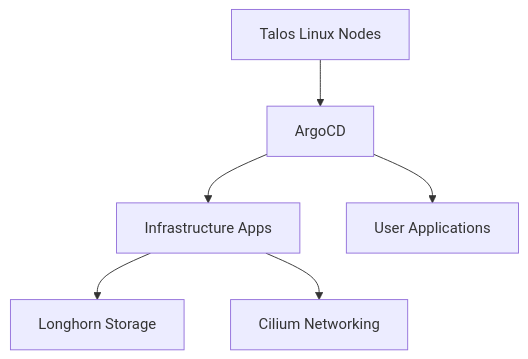
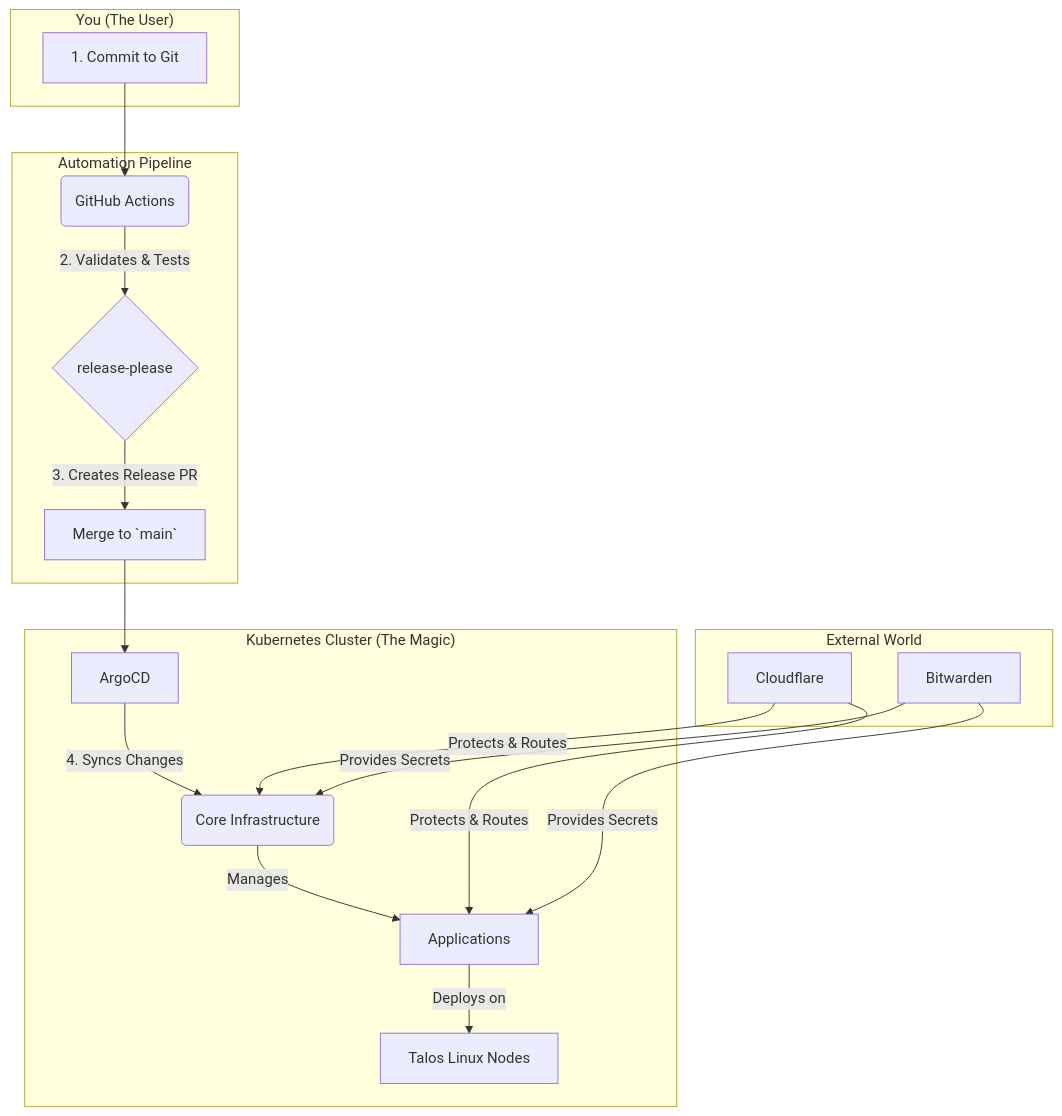
The diagram in README.md (theepicsaxguy/homelab), drawn with Mermaid before and after one commit. The commit also changed other lines of this file and 4 other files, not shown here.

````diff
--- a/README.md
+++ b/README.md
@@ -28,8 +34,26 @@
 ```mermaid
 flowchart TD
-    A[Talos Linux Nodes] --> B[ArgoCD]
-    B --> C[Infrastructure Apps]
-    B --> D[User Applications]
-    C --> E[Longhorn Storage]
-    C --> F[Cilium Networking]
+    subgraph "You (The User)"
+        A[1. Commit to Git]
+    end
+
+    subgraph "Automation Pipeline"
+        B(GitHub Actions) -- 2. Validates & Tests --> C
+        C{release-please} -- 3. Creates Release PR --> D
+        D[Merge to `main`]
+    end
+
+    subgraph "Kubernetes Cluster (The Magic)"
+        E[ArgoCD] -- 4. Syncs Changes --> F
+        F(Core Infrastructure) -- Manages --> G[Applications]
+        G -- Deploys on --> H[Talos Linux Nodes]
+    end
+
+    subgraph "External World"
+        I[Cloudflare] -- Protects & Routes --> F & G
+        J[Bitwarden] -- Provides Secrets --> F & G
+    end
+
+    A --> B
+    D --> E
 ```
````
